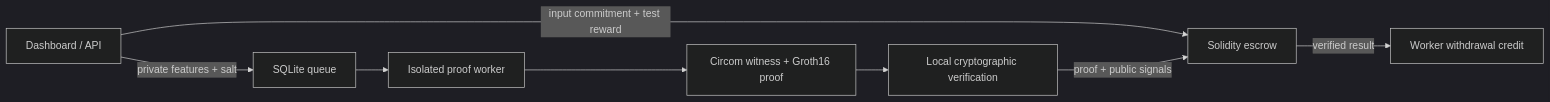
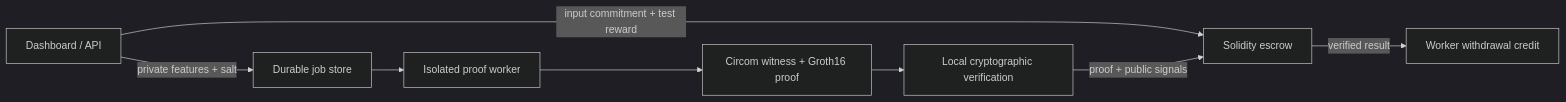
Before and after one commit to Mudit-R/proofline: the diagram in README.md, drawn with Mermaid (dark theme). The commit also changed other lines of this file and 32 other files, not shown here.

````diff
--- a/README.md
+++ b/README.md
@@ -58,10 +68,10 @@
 ```mermaid
 flowchart LR
     UI[Dashboard / API] -->|input commitment + test reward| EVM[Solidity escrow]
-    UI -->|private features + salt| Q[SQLite queue]
+    UI -->|private features + salt| Q[Durable job store]
     Q --> W[Isolated proof worker]
     W --> C[Circom witness + Groth16 proof]
     C --> V[Local cryptographic verification]
     V -->|proof + public signals| EVM
     EVM -->|verified result| Credit[Worker withdrawal credit]
 ```
````
